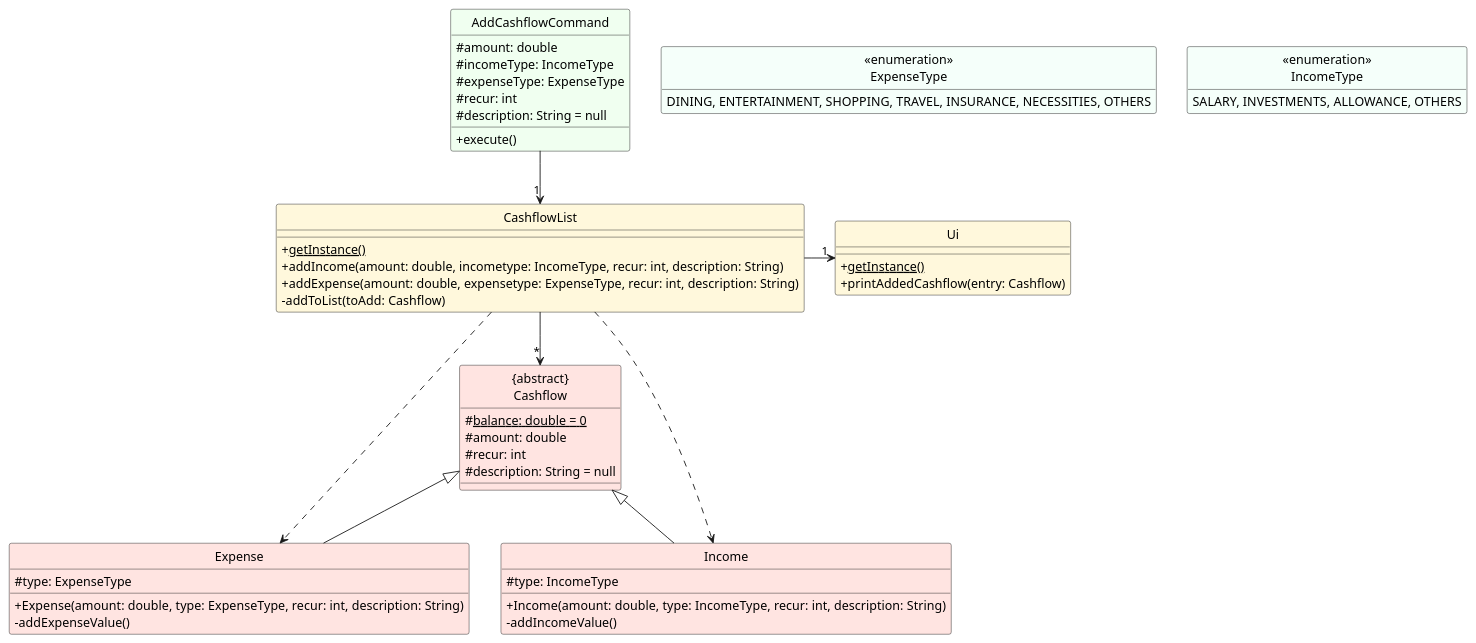
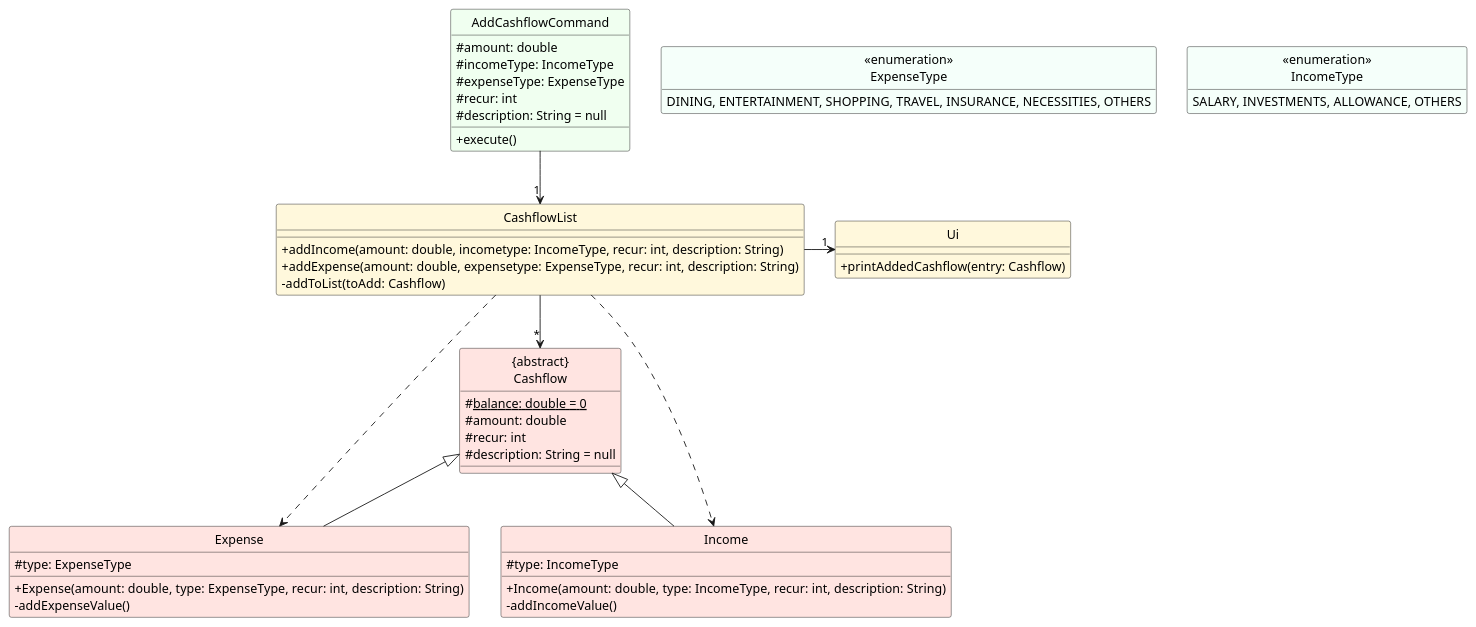
One commit to nus-cs2113-AY2324S1/tp changed the diagram in docs/diagrams/CashflowClassDiagram.puml. Above: the diagram before and after it, drawn with PlantUML. The commit also changed 2 other files, not shown here.

Commit message:
Remove getInstance methods from class and sequence diagrams

```diff
--- a/docs/diagrams/CashflowClassDiagram.puml
+++ b/docs/diagrams/CashflowClassDiagram.puml
@@ -1,58 +1,62 @@
 @startuml
 'https://plantuml.com/class-diagram
 skinparam classFontColor automatic
 
 Class "{abstract}\nCashflow" as Cashflow #MistyRose {
-#<u>balance: double = 0
-#amount: double
-#recur: int
-#description: String = null
+    #<u>balance: double = 0
+    #amount: double
+    #recur: int
+    #description: String = null
+}
 
-}
 Class Expense #MistyRose extends Cashflow {
     #type: ExpenseType
     +Expense(amount: double, type: ExpenseType, recur: int,  description: String)
     -addExpenseValue()
 }
+
 Class Income #MistyRose extends Cashflow {
     +Income(amount: double, type: IncomeType, recur: int,  description: String)
     #type: IncomeType
     -addIncomeValue()
 }
+
 Class Ui  #Cornsilk {
-    +<u>getInstance()
     +printAddedCashflow(entry: Cashflow)
 }
+
 Class CashflowList #Cornsilk {
-    +<u>getInstance()
     +addIncome(amount: double, incometype: IncomeType, recur: int, description: String)
     +addExpense(amount: double, expensetype: ExpenseType, recur: int, description: String)
     -addToList(toAdd: Cashflow)
 }
+
 Class AddCashflowCommand #HoneyDew {
     #amount: double
     #incomeType: IncomeType
     #expenseType: ExpenseType
     #recur: int
     #description: String = null
     +execute()
 }
 
 enum "<<enumeration>>\nExpenseType" as ExpenseType #MintCream {
-DINING, ENTERTAINMENT, SHOPPING, TRAVEL, INSURANCE, NECESSITIES, OTHERS
+    DINING, ENTERTAINMENT, SHOPPING, TRAVEL, INSURANCE, NECESSITIES, OTHERS
 }
+
 enum "<<enumeration>>\nIncomeType" as IncomeType #MintCream{
-SALARY, INVESTMENTS, ALLOWANCE, OTHERS
+    SALARY, INVESTMENTS, ALLOWANCE, OTHERS
 }
-hide ExpenseType methods
-hide IncomeType methods
+
 CashflowList -right-> "1" Ui
 AddCashflowCommand --> "1" CashflowList
 CashflowList --> "*" Cashflow
 CashflowList ..> Income
 CashflowList ..> Expense
 
+hide ExpenseType methods
+hide IncomeType methods
 hide Circle
 skinparam classAttributeIconSize 0
 
 @enduml
```
